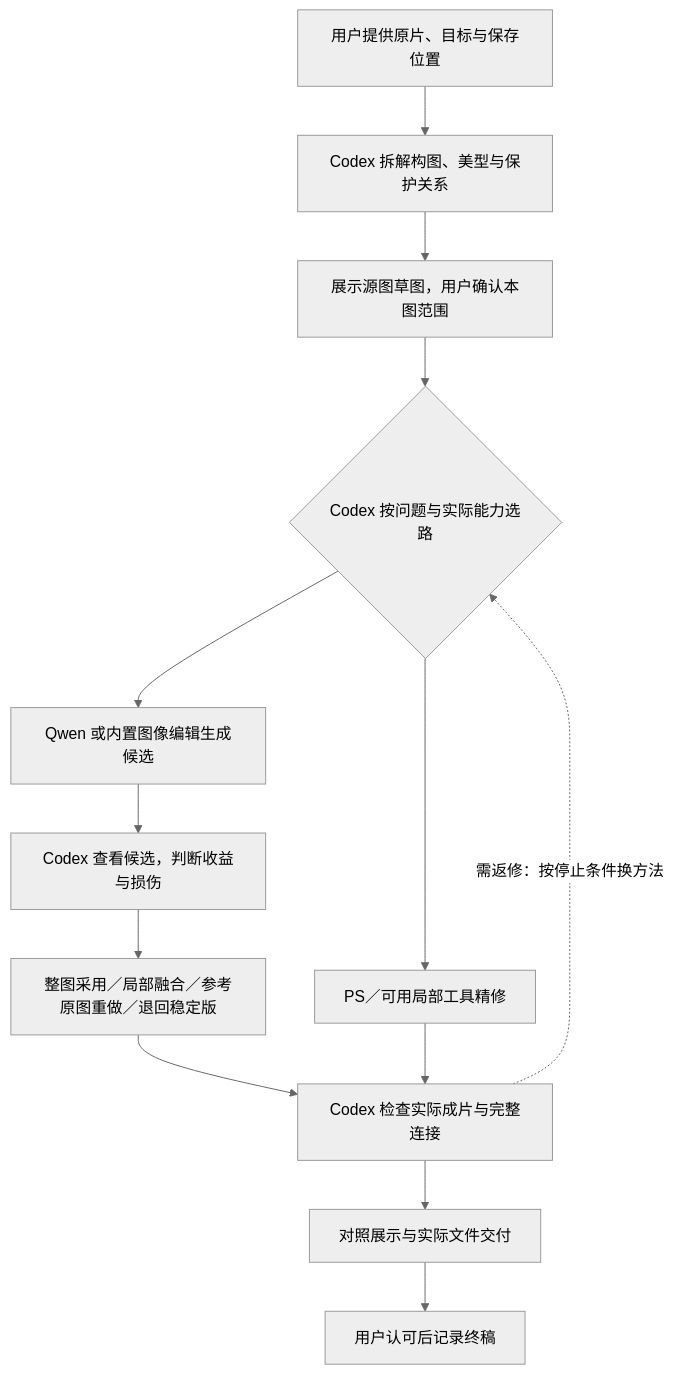
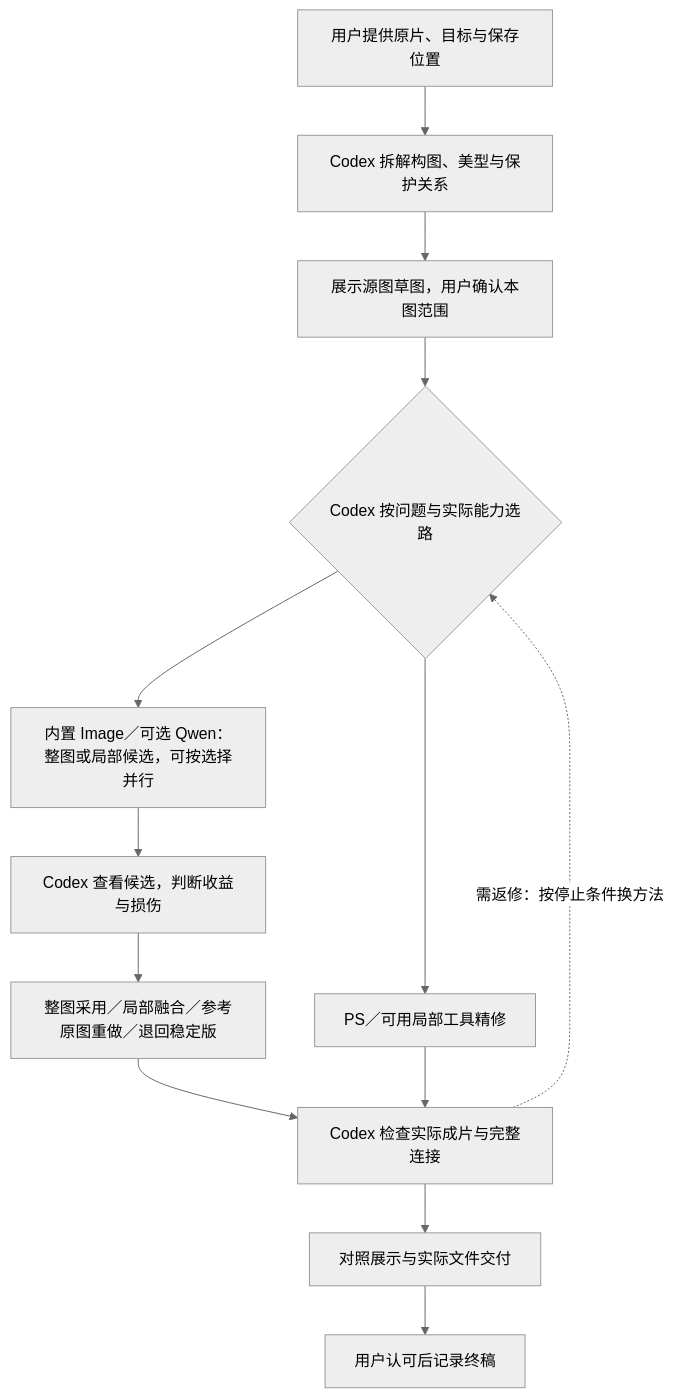
One commit to yeliannaa/natural-shaping changed the diagram in README.md. Above: the diagram before and after it, drawn with Mermaid (neutral theme). The commit also changed other lines of this file and 24 other files, not shown here.

````diff
--- a/README.md
+++ b/README.md
@@ -87,15 +105,15 @@
 ```mermaid
 flowchart TD
     A["用户提供原片、目标与保存位置"] --> B["Codex 拆解构图、美型与保护关系"]
     B --> C["展示源图草图，用户确认本图范围"]
     C --> D{"Codex 按问题与实际能力选路"}
     D --> E["PS／可用局部工具精修"]
-    D --> F["Qwen 或内置图像编辑生成候选"]
+    D --> F["内置 Image／可选 Qwen：整图或局部候选，可按选择并行"]
     F --> G["Codex 查看候选，判断收益与损伤"]
     G --> H["整图采用／局部融合／参考原图重做／退回稳定版"]
     H --> I["Codex 检查实际成片与完整连接"]
     E --> I
     I --> J["对照展示与实际文件交付"]
     J --> K["用户认可后记录终稿"]
     I -. "需返修：按停止条件换方法" .-> D
 ```
````
